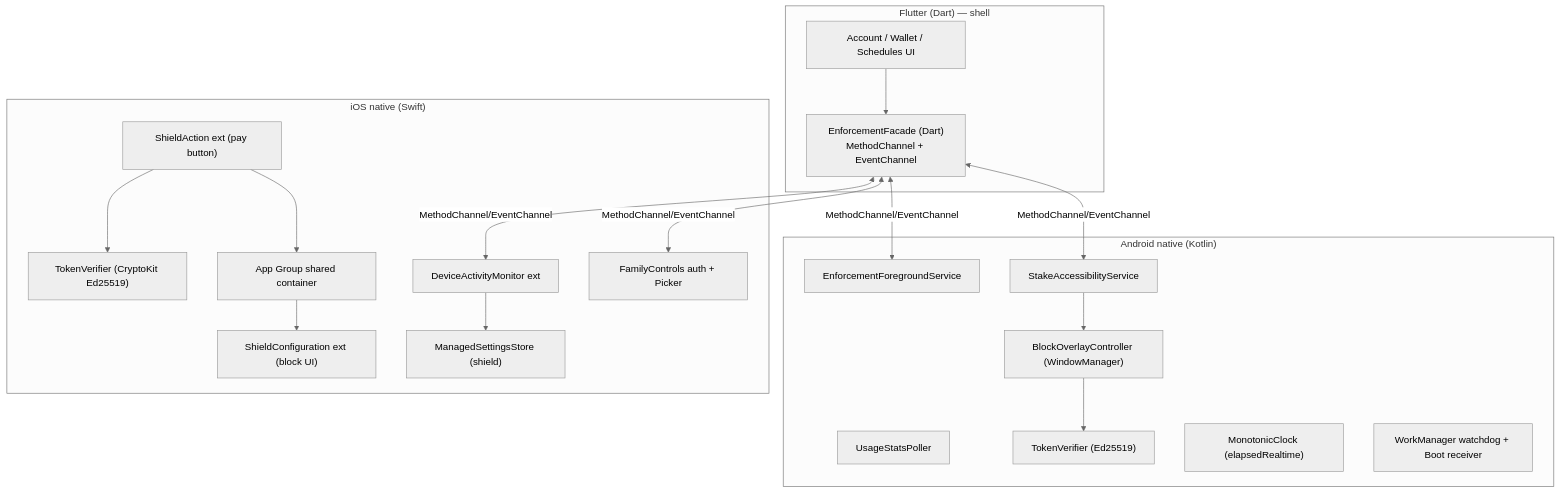
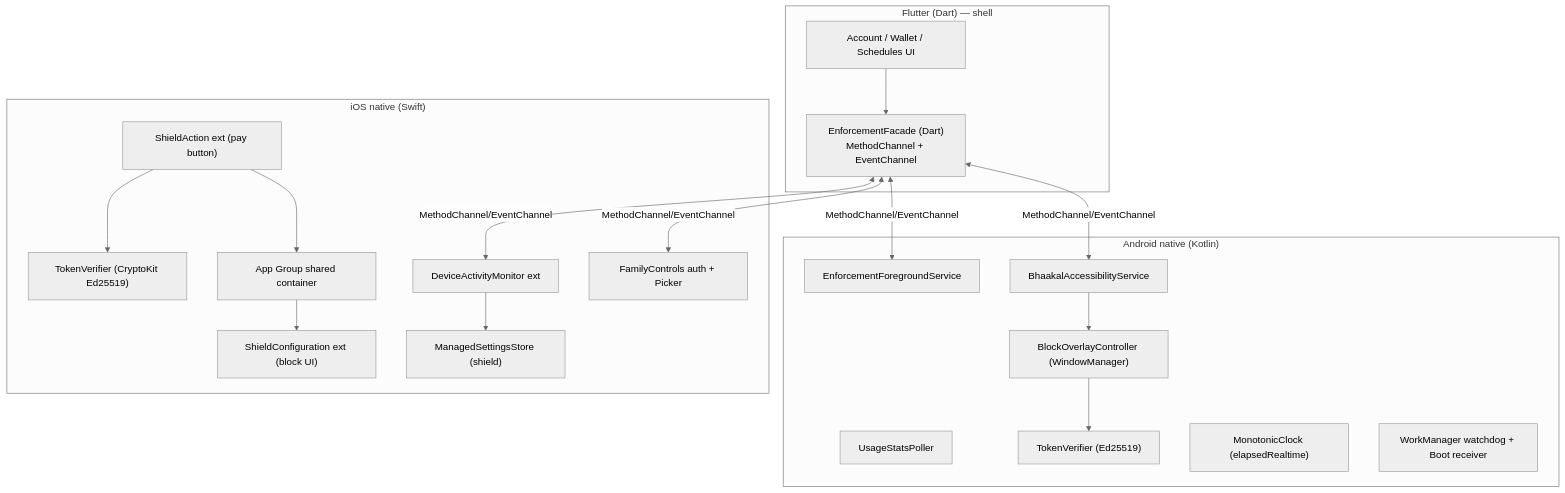
One commit to JEEVANRAWAL/stake-app-doc changed the first of 2 diagrams in docs/native/enforcement-modules.md. Above: the diagram before and after it, drawn with Mermaid (neutral theme). The commit also changed other lines of this file and 15 other files, not shown here.

First line of the commit message:
Rename product Stake → Bhaakal across CLAUDE.md and planning docs

````diff
--- a/docs/native/enforcement-modules.md
+++ b/docs/native/enforcement-modules.md
@@ -14,31 +14,31 @@
 ```mermaid
 flowchart TB
     subgraph Flutter["Flutter (Dart) — shell"]
         UIacct["Account / Wallet / Schedules UI"]
         DartFacade["EnforcementFacade (Dart)<br/>MethodChannel + EventChannel"]
     end
     subgraph AndroidNative["Android native (Kotlin)"]
-        ASvc["StakeAccessibilityService"]
+        ASvc["BhaakalAccessibilityService"]
         FSvc["EnforcementForegroundService"]
         USPoll["UsageStatsPoller"]
         Overlay["BlockOverlayController (WindowManager)"]
         TokenV["TokenVerifier (Ed25519)"]
         Clock["MonotonicClock (elapsedRealtime)"]
         Watchdog["WorkManager watchdog + Boot receiver"]
     end
     subgraph iOSNative["iOS native (Swift)"]
         FC["FamilyControls auth + Picker"]
         DAM["DeviceActivityMonitor ext"]
         MSS["ManagedSettingsStore (shield)"]
         ShieldUI["ShieldConfiguration ext (block UI)"]
         ShieldAct["ShieldAction ext (pay button)"]
         AppGroup["App Group shared container"]
         TokenViOS["TokenVerifier (CryptoKit Ed25519)"]
     end
     UIacct --> DartFacade
     DartFacade <-->|MethodChannel/EventChannel| ASvc & FSvc & FC & DAM
     ASvc --> Overlay --> TokenV
     DAM --> MSS
     ShieldAct --> AppGroup --> ShieldUI
     ShieldAct --> TokenViOS
 ```
````
